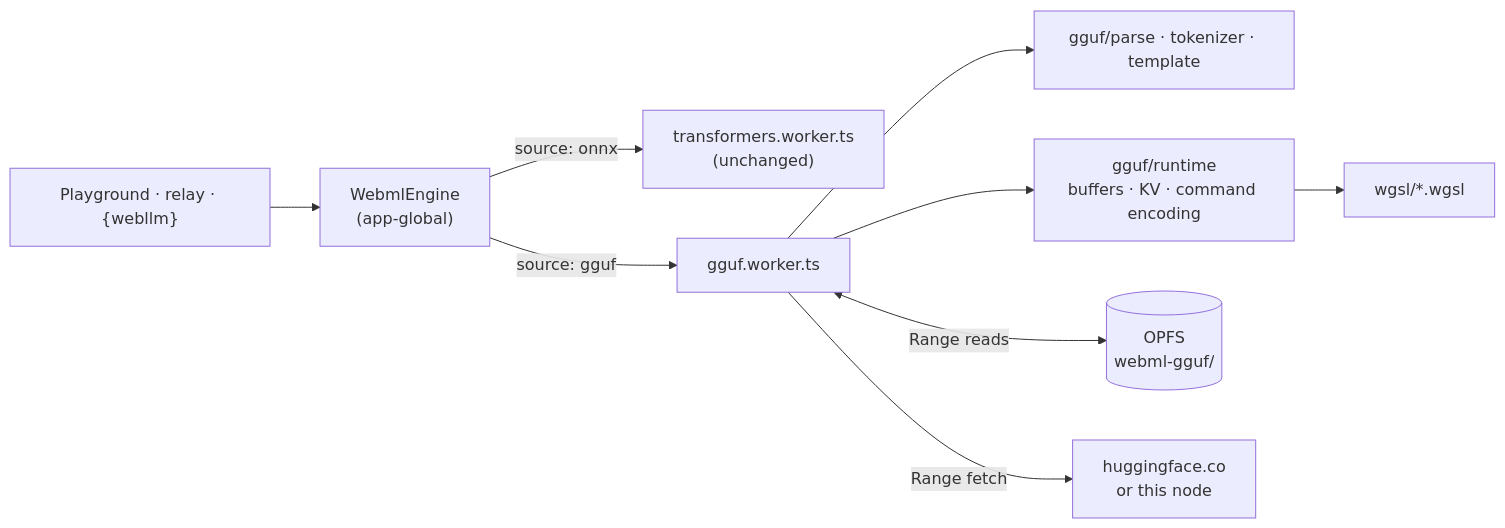
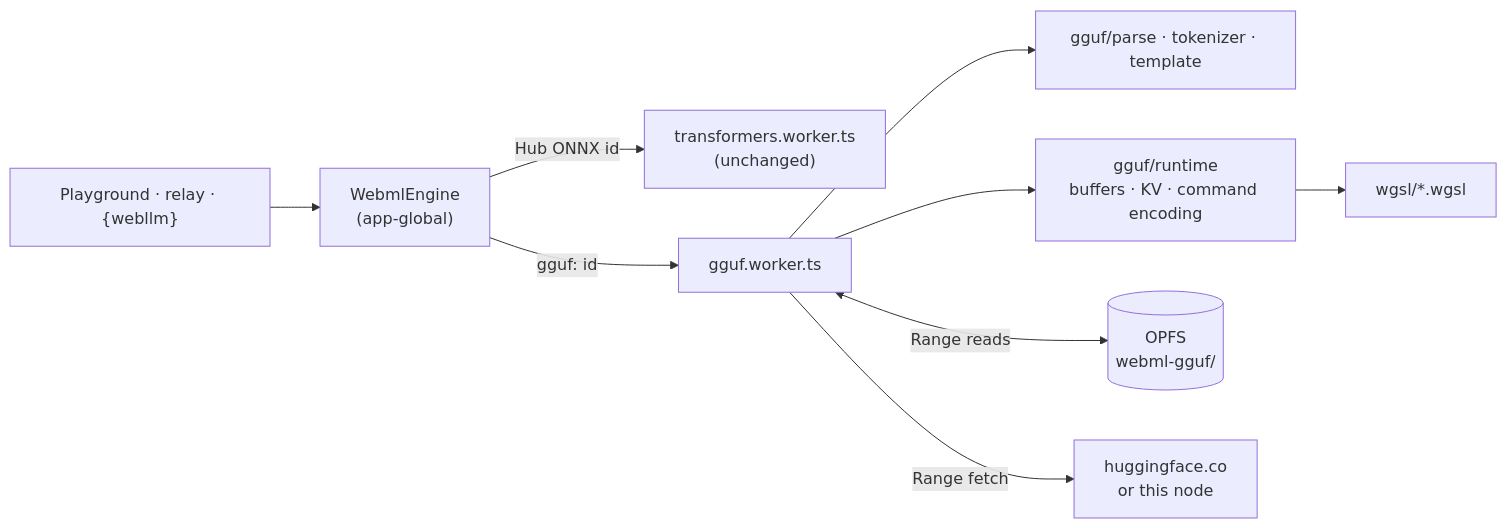
One commit to ConstCorrectness/horrible-dashboard changed the diagram in docs/architecture/webml-gguf-engine.mdx. Above: the diagram before and after it, drawn with Mermaid. The commit also changed other lines of this file and 11 other files, not shown here.

````diff
--- a/docs/architecture/webml-gguf-engine.mdx
+++ b/docs/architecture/webml-gguf-engine.mdx
@@ -48,11 +49,11 @@
 ```mermaid
 flowchart LR
     UI["Playground · relay · {webllm}"] --> E["WebmlEngine<br/>(app-global)"]
-    E -->|"source: onnx"| T["transformers.worker.ts<br/>(unchanged)"]
-    E -->|"source: gguf"| G["gguf.worker.ts"]
+    E -->|"Hub ONNX id"| T["transformers.worker.ts<br/>(unchanged)"]
+    E -->|"gguf: id"| G["gguf.worker.ts"]
     G --> P["gguf/parse · tokenizer · template"]
     G --> R["gguf/runtime<br/>buffers · KV · command encoding"]
     R --> K["wgsl/*.wgsl"]
     G <-->|"Range reads"| S[("OPFS<br/>webml-gguf/")]
     G -->|"Range fetch"| H["huggingface.co<br/>or this node"]
 ```
````
